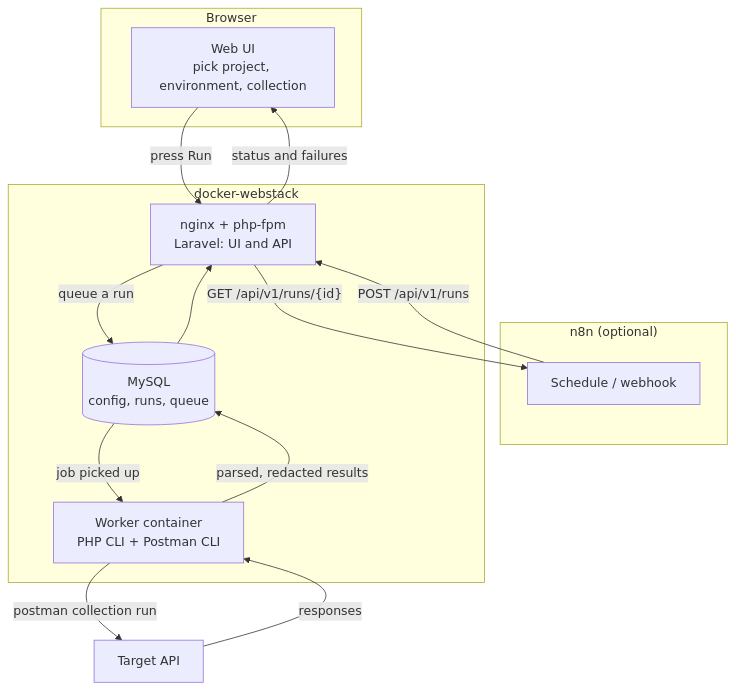
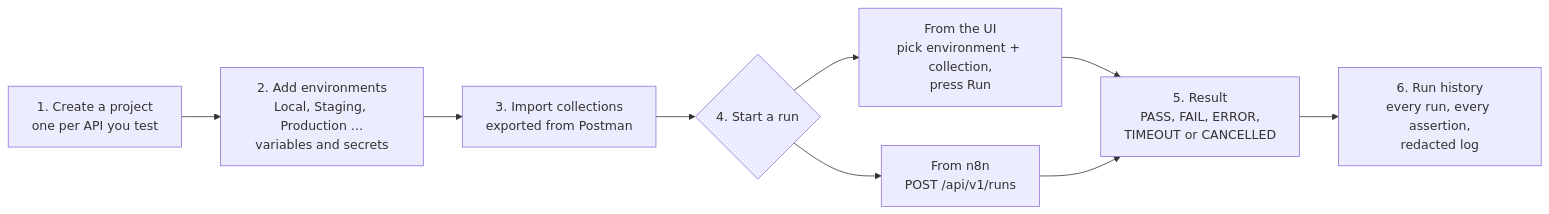
The first of 2 diagrams in README.md (aj686/api-automation), drawn with Mermaid before and after one commit. The commit also changed other lines of this file, not shown here.

````diff
--- a/README.md
+++ b/README.md
@@ -39,29 +44,16 @@
 ```mermaid
-flowchart TB
-    subgraph browser["Browser"]
-        ui["Web UI<br/>pick project, environment, collection"]
-    end
+flowchart LR
+    project["1. Create a project<br/>one per API you test"]
+    envs["2. Add environments<br/>Local, Staging, Production …<br/>variables and secrets"]
+    coll["3. Import collections<br/>exported from Postman"]
+    run{"4. Start a run"}
+    manual["From the UI<br/>pick environment + collection,<br/>press Run"]
+    auto["From n8n<br/>POST /api/v1/runs"]
+    result["5. Result<br/>PASS, FAIL, ERROR,<br/>TIMEOUT or CANCELLED"]
+    history["6. Run history<br/>every run, every assertion,<br/>redacted log"]
 
-    subgraph n8n["n8n (optional)"]
-        trig["Schedule / webhook"]
-    end
-
-    subgraph stack["docker-webstack"]
-        web["nginx + php-fpm<br/>Laravel: UI and API"]
-        db[("MySQL<br/>config, runs, queue")]
-        worker["Worker container<br/>PHP CLI + Postman CLI"]
-    end
-
-    api["Target API"]
-
-    ui -->|"press Run"| web
-    trig -->|"POST /api/v1/runs"| web
-    web -->|"queue a run"| db
-    db -->|"job picked up"| worker
-    worker -->|"postman collection run"| api
-    api -->|"responses"| worker
-    worker -->|"parsed, redacted results"| db
-    db --> web
-    web -->|"status and failures"| ui
-    web -->|"GET /api/v1/runs/{id}"| trig
+    project --> envs --> coll --> run
+    run --> manual --> result
+    run --> auto --> result
+    result --> history
 ```
````
